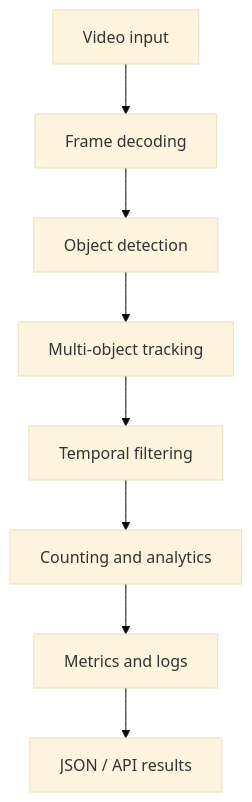
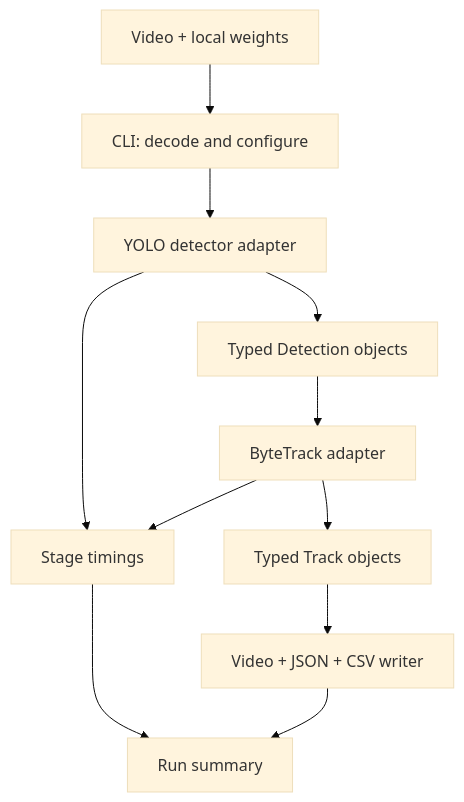
One commit to asadozzaman/production-video-analytics changed the diagram in README.md. Above: the diagram before and after it, drawn with Mermaid (base theme). The commit also changed other lines of this file and 2 other files, not shown here.

````diff
--- a/README.md
+++ b/README.md
@@ -23,10 +60,13 @@
 ```mermaid
 flowchart TD
-    A["Video input"] --> B["Frame decoding"]
-    B --> C["Object detection"]
-    C --> D["Multi-object tracking"]
-    D --> E["Temporal filtering"]
-    E --> F["Counting and analytics"]
-    F --> G["Metrics and logs"]
-    G --> H["JSON / API results"]
+    V["Video + local weights"] --> R["CLI: decode and configure"]
+    R --> D["YOLO detector adapter"]
+    D --> P["Typed Detection objects"]
+    P --> T["ByteTrack adapter"]
+    T --> O["Typed Track objects"]
+    O --> W["Video + JSON + CSV writer"]
+    D --> M["Stage timings"]
+    T --> M
+    M --> S["Run summary"]
+    W --> S
 ```
````
